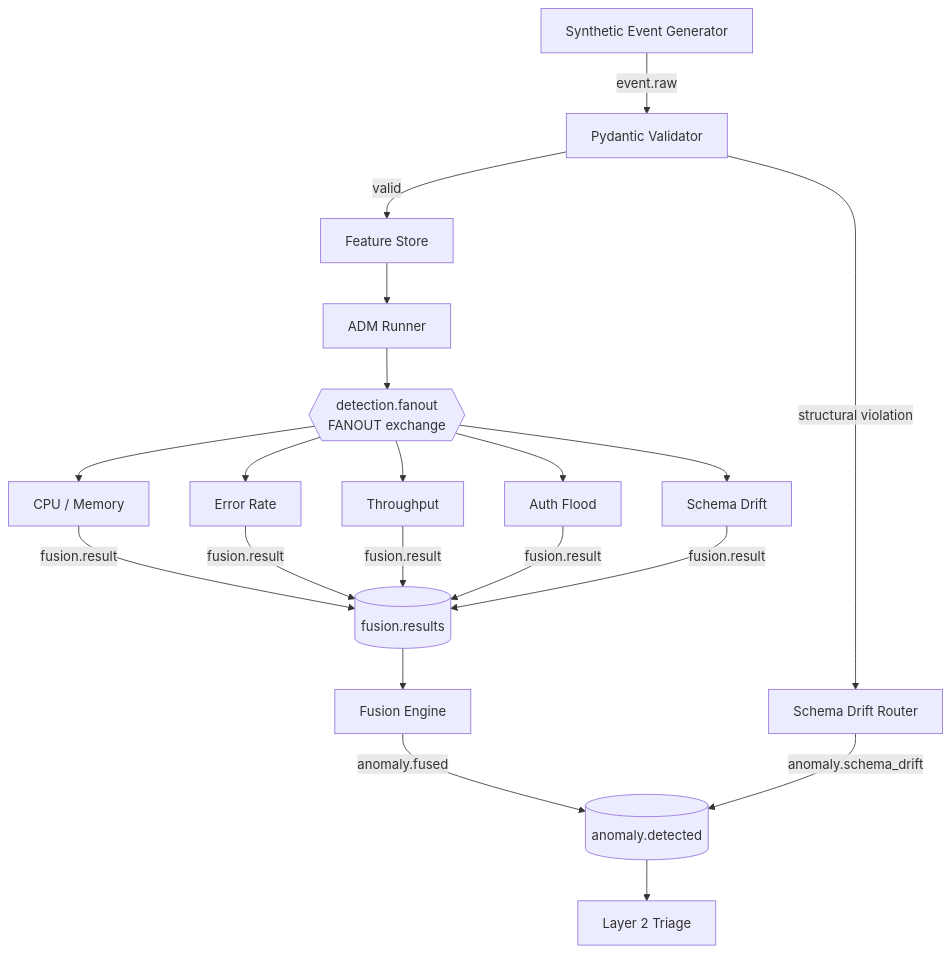
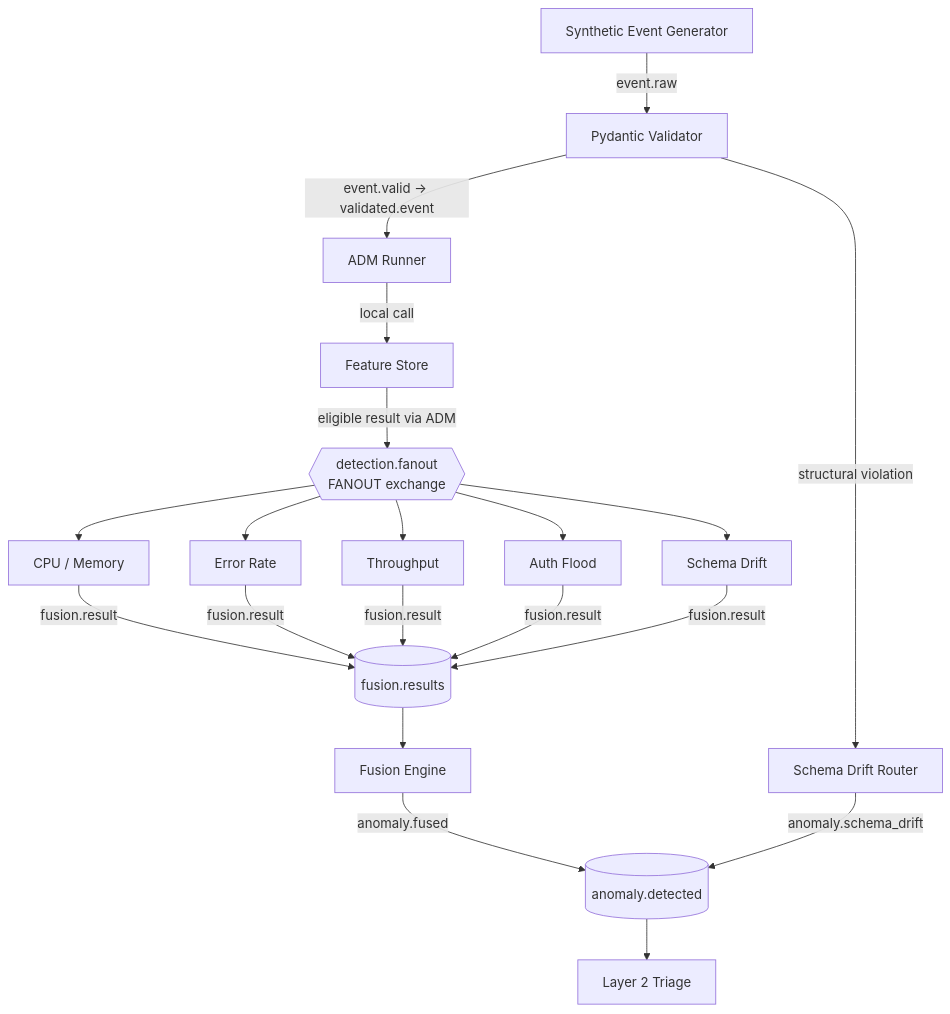
Before and after one commit to Spectre206/fyp-pipeline: the first of 13 diagrams in layer1/docs/layer1_component_log.md, drawn with Mermaid. The commit also changed other lines of this file and 14 other files, not shown here.

````diff
--- a/layer1/docs/layer1_component_log.md
+++ b/layer1/docs/layer1_component_log.md
@@ -31,34 +32,36 @@
 ```mermaid
 flowchart TB
     SEG["Synthetic Event Generator"]
     VAL["Pydantic Validator"]
     ROUTER["Schema Drift Router"]
     FS["Feature Store"]
     ADM["ADM Runner"]
     FAN{{detection.fanout<br/>FANOUT exchange}}
     CPU["CPU / Memory"]
     ERR["Error Rate"]
     THR["Throughput"]
     AUTH["Auth Flood"]
     SCH["Schema Drift"]
     FQ[("fusion.results")]
     FUS["Fusion Engine"]
     OUT[("anomaly.detected")]
     L2["Layer 2 Triage"]
 
     SEG -->|"event.raw"| VAL
-    VAL -->|"valid"| FS --> ADM --> FAN
+    VAL -->|"event.valid → validated.event"| ADM
+    ADM -->|"local call"| FS
+    FS -->|"eligible result via ADM"| FAN
     FAN --> CPU
     FAN --> ERR
     FAN --> THR
     FAN --> AUTH
     FAN --> SCH
     CPU -->|"fusion.result"| FQ
     ERR -->|"fusion.result"| FQ
     THR -->|"fusion.result"| FQ
     AUTH -->|"fusion.result"| FQ
     SCH -->|"fusion.result"| FQ
     FQ --> FUS -->|"anomaly.fused"| OUT --> L2
     VAL -->|"structural violation"| ROUTER
     ROUTER -->|"anomaly.schema_drift"| OUT
 ```
````
